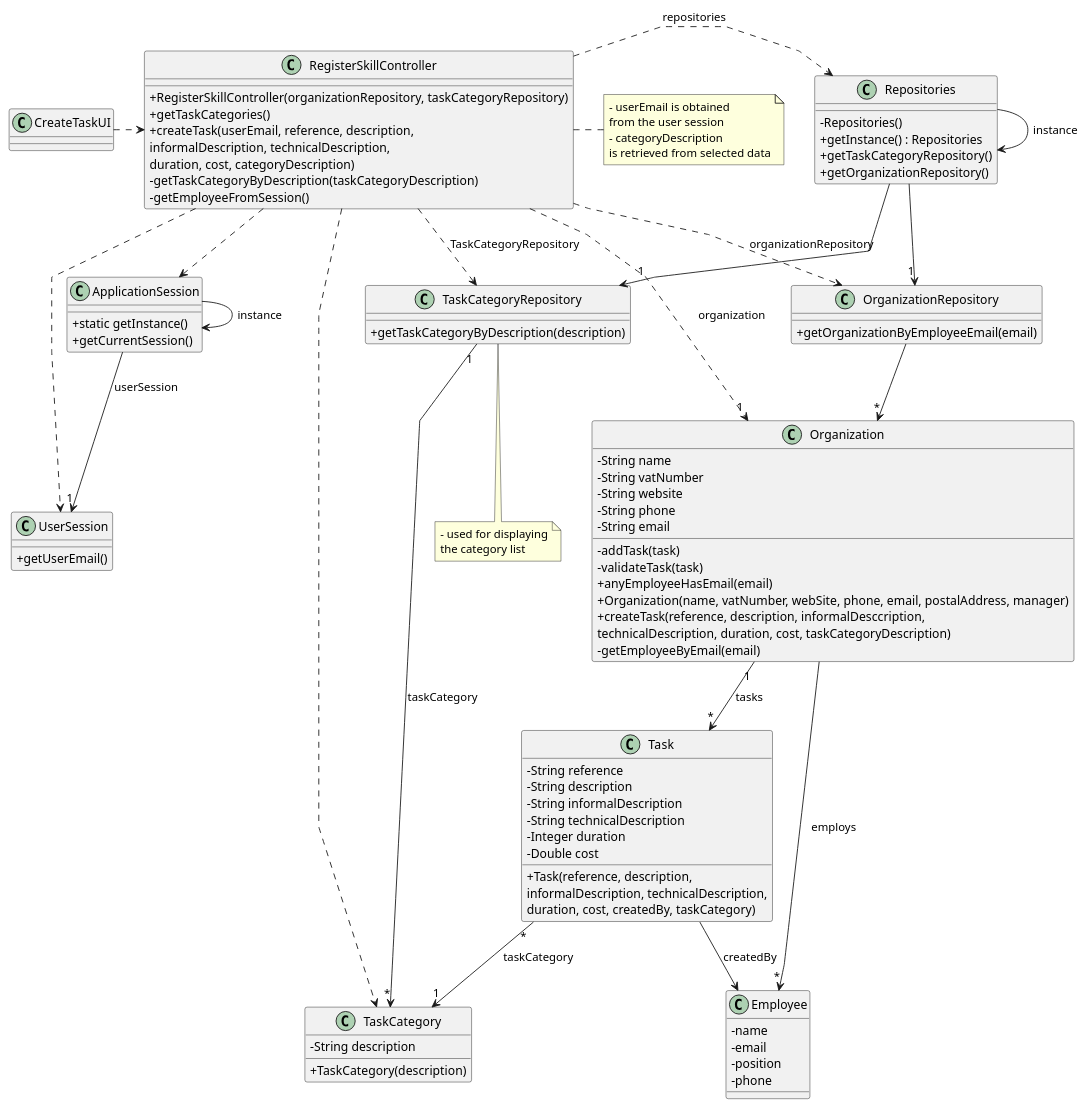
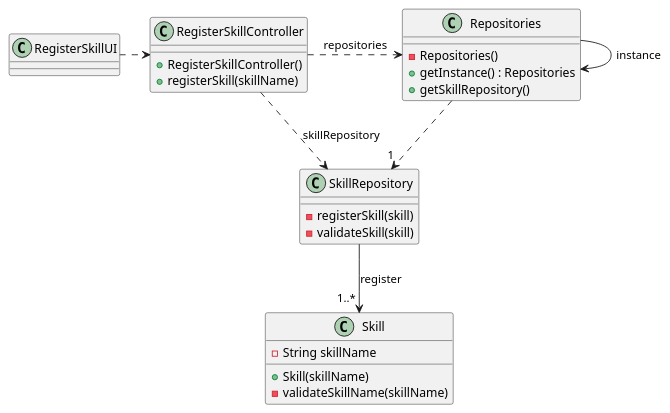
The diagram in docs/sprintB/us001/03.design/puml/us001-class-diagram.puml (SAEmanuel/Green_Spaces_Management_ISEP), drawn with PlantUML before and after one commit. The commit also changed 5 other files, not shown here.

```diff
--- a/docs/sprintB/us001/03.design/puml/us001-class-diagram.puml
+++ b/docs/sprintB/us001/03.design/puml/us001-class-diagram.puml
@@ -1,130 +1,51 @@
 @startuml
 'skinparam monochrome true
 skinparam packageStyle rectangle
 skinparam shadowing false
 skinparam linetype polyline
 'skinparam linetype orto
-
-skinparam classAttributeIconSize 0
-
+'skinparam classAttributeIconSize 0
 'left to right direction
 
-class ApplicationSession
-{
-    + static getInstance()
-    + getCurrentSession()
+
+
+class Skill {
+    - String skillName
+    + Skill(skillName)
+    - validateSkillName(skillName)
+'    + Skill(reference, description,\ninformalDescription, technicalDescription,\nduration, cost, createdBy, taskCategory)
 }
 
-class UserSession
-{
-    + getUserEmail()
+
+
+class SkillRepository {
+    - registerSkill(skill)
+    -validateSkill(skill)
 }
 
-class Employee {
-    - name
-    - email
-    - position
-    - phone
-}
-
-class Task {
-    - String reference
-    - String description
-    - String informalDescription
-    - String technicalDescription
-    - Integer duration
-    - Double cost
-
-    + Task(reference, description,\ninformalDescription, technicalDescription,\nduration, cost, createdBy, taskCategory)
-}
-
-class TaskCategory {
-    - String description
-
-    + TaskCategory(description)
-}
-
-class Organization {
-    - String name
-    - String vatNumber
-    - String website
-    - String phone
-    - String email
-
-    - addTask(task)
-    - validateTask(task)
-    + anyEmployeeHasEmail(email)
-    + Organization(name, vatNumber, webSite, phone, email, postalAddress, manager)
-    + createTask(reference, description, informalDesccription,\ntechnicalDescription, duration, cost, taskCategoryDescription)
-    - getEmployeeByEmail(email)
-
-'  +saveTask(task)
-}
-
-class TaskCategoryRepository {
-    + getTaskCategoryByDescription(description)
-}
-
-class OrganizationRepository {
-    + getOrganizationByEmployeeEmail(email)
-}
 
 class Repositories {
     - Repositories()
     + getInstance() : Repositories
-    + getTaskCategoryRepository()
-    + getOrganizationRepository()
+    + getSkillRepository()
 }
 
 class RegisterSkillController {
-    + RegisterSkillController(organizationRepository, taskCategoryRepository)
-    + getTaskCategories()
-    + createTask(userEmail, reference, description,\ninformalDescription, technicalDescription,\nduration, cost, categoryDescription)
-    - getTaskCategoryByDescription(taskCategoryDescription)
-    - getEmployeeFromSession()
+    + RegisterSkillController()
+    + registerSkill(skillName)
 }
 
-note right of RegisterSkillController
-    - userEmail is obtained
-    from the user session
-    - categoryDescription
-    is retrieved from selected data
-end note
-
-note bottom of TaskCategoryRepository
-    - used for displaying
-    the category list
-end note
-
-class CreateTaskUI {
+class RegisterSkillUI {
 }
 
-Repositories -> Repositories : instance
-ApplicationSession -> ApplicationSession : instance
-
-CreateTaskUI .> RegisterSkillController
+RegisterSkillUI .> RegisterSkillController
 
 RegisterSkillController .> Repositories : repositories
+Repositories  ..> "1 " SkillRepository
+Repositories -> Repositories : instance
 
-Repositories -> "1" TaskCategoryRepository
+RegisterSkillController ..>  SkillRepository : skillRepository
 
-RegisterSkillController ..> TaskCategory
-RegisterSkillController ..> OrganizationRepository : organizationRepository
-RegisterSkillController ..> TaskCategoryRepository : TaskCategoryRepository
-
-Repositories --> "1" OrganizationRepository
-
-OrganizationRepository --> "*" Organization
-ApplicationSession --> "1" UserSession : userSession
-
-RegisterSkillController ..> "1" Organization : organization
-RegisterSkillController ..> ApplicationSession
-RegisterSkillController ..> UserSession
-Task "*" --> "1" TaskCategory : taskCategory
-TaskCategoryRepository "1" --> "*" TaskCategory : taskCategory
-Organization "1" --> "*" Task : tasks
-Task --> Employee : createdBy
-
-Organization --> "*" Employee : employs
+SkillRepository  --> "1..* " Skill : register
 
 @enduml
```
